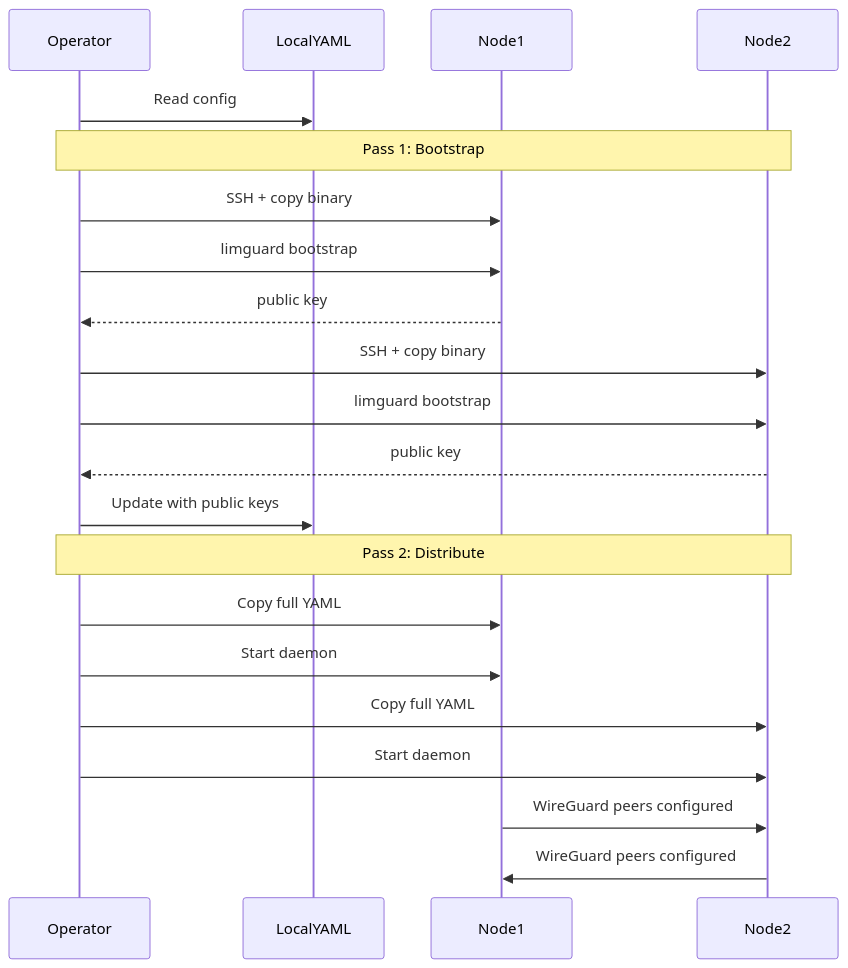
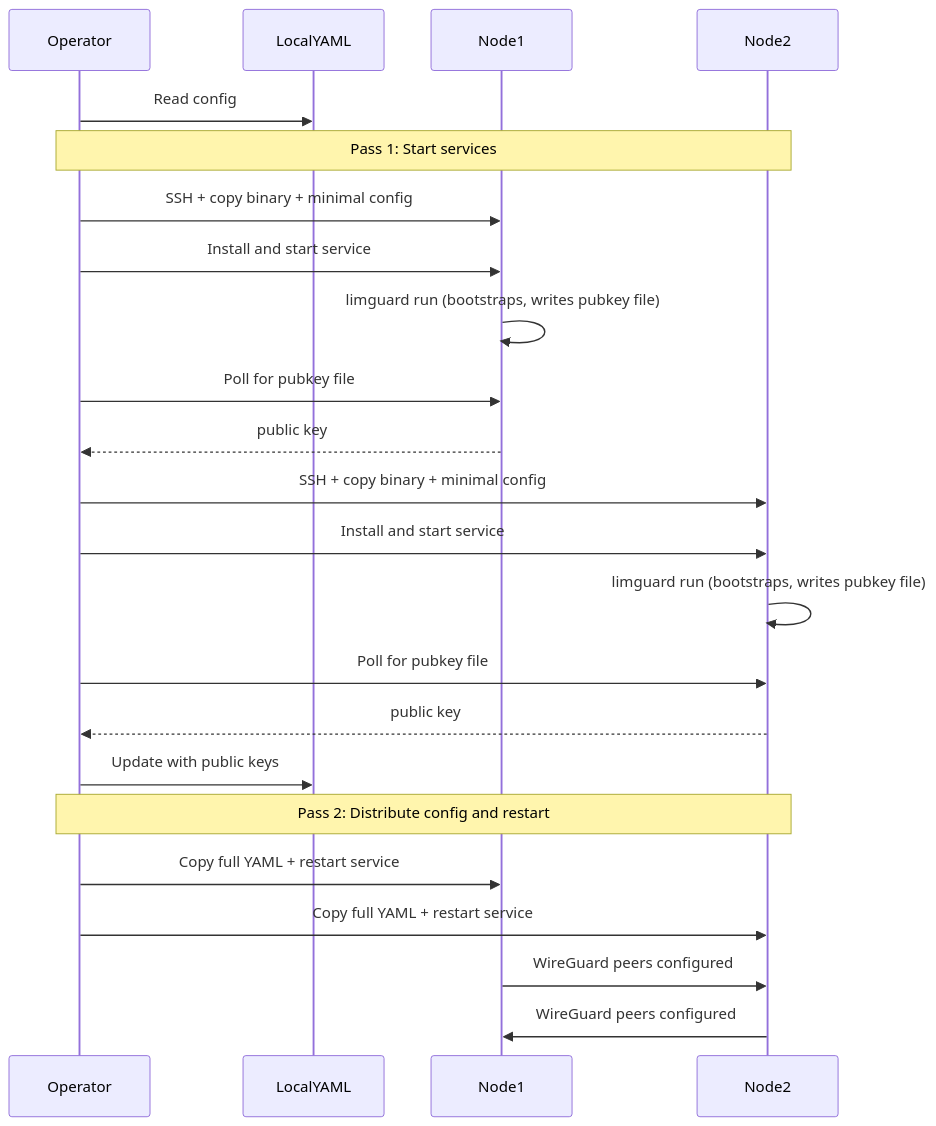
Before and after one commit to limrun-inc/limguard: the second of 2 diagrams in AGENTS.md, drawn with Mermaid. The commit also changed other lines of this file and 4 other files, not shown here.

````diff
--- a/AGENTS.md
+++ b/AGENTS.md
@@ -78,28 +72,30 @@
 ```mermaid
 sequenceDiagram
     participant Operator
     participant LocalYAML
     participant Node1
     participant Node2
 
     Operator->>LocalYAML: Read config
     
-    Note over Operator,Node2: Pass 1: Bootstrap
-    Operator->>Node1: SSH + copy binary
-    Operator->>Node1: limguard bootstrap
+    Note over Operator,Node2: Pass 1: Start services
+    Operator->>Node1: SSH + copy binary + minimal config
+    Operator->>Node1: Install and start service
+    Node1->>Node1: limguard run (bootstraps, writes pubkey file)
+    Operator->>Node1: Poll for pubkey file
     Node1-->>Operator: public key
-    Operator->>Node2: SSH + copy binary
-    Operator->>Node2: limguard bootstrap
+    Operator->>Node2: SSH + copy binary + minimal config
+    Operator->>Node2: Install and start service
+    Node2->>Node2: limguard run (bootstraps, writes pubkey file)
+    Operator->>Node2: Poll for pubkey file
     Node2-->>Operator: public key
     
     Operator->>LocalYAML: Update with public keys
     
-    Note over Operator,Node2: Pass 2: Distribute
-    Operator->>Node1: Copy full YAML
-    Operator->>Node1: Start daemon
-    Operator->>Node2: Copy full YAML
-    Operator->>Node2: Start daemon
+    Note over Operator,Node2: Pass 2: Distribute config and restart
+    Operator->>Node1: Copy full YAML + restart service
+    Operator->>Node2: Copy full YAML + restart service
     
     Node1->>Node2: WireGuard peers configured
     Node2->>Node1: WireGuard peers configured
 ```
````
